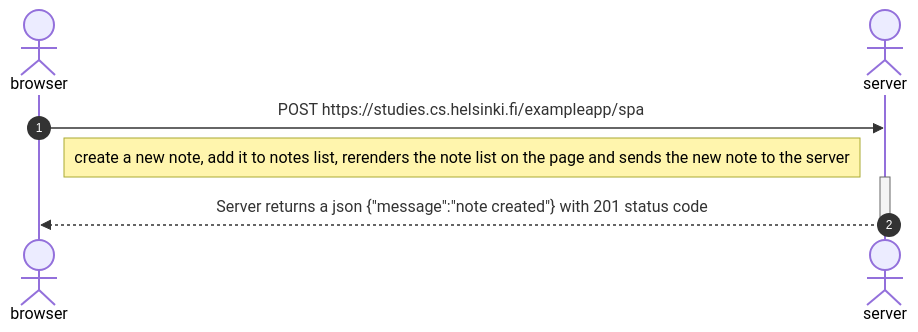
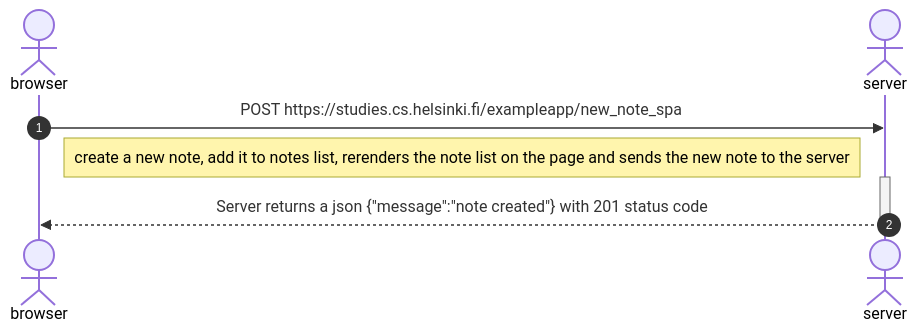
Before and after one commit to vinnoangel/FullStackOpen: the diagram in parto/NewNoteInSinglePageAppDiagram/SequenceDiagram.md, drawn with Mermaid.

Commit message:
updated exercise 6 of part 0

````diff
--- a/parto/NewNoteInSinglePageAppDiagram/SequenceDiagram.md
+++ b/parto/NewNoteInSinglePageAppDiagram/SequenceDiagram.md
@@ -1,12 +1,12 @@
 ```mermaid
 sequenceDiagram
     autonumber
     actor browser
     actor server
 
-    browser->>server: POST https://studies.cs.helsinki.fi/exampleapp/spa
+    browser->>server: POST https://studies.cs.helsinki.fi/exampleapp/new_note_spa
     Note left of server: create a new note, add it to notes list, rerenders the note list on the page and sends the new note to the server
     activate server
     server-->>browser: Server returns a json {"message":"note created"} with 201 status code
     deactivate server
 ```
````
